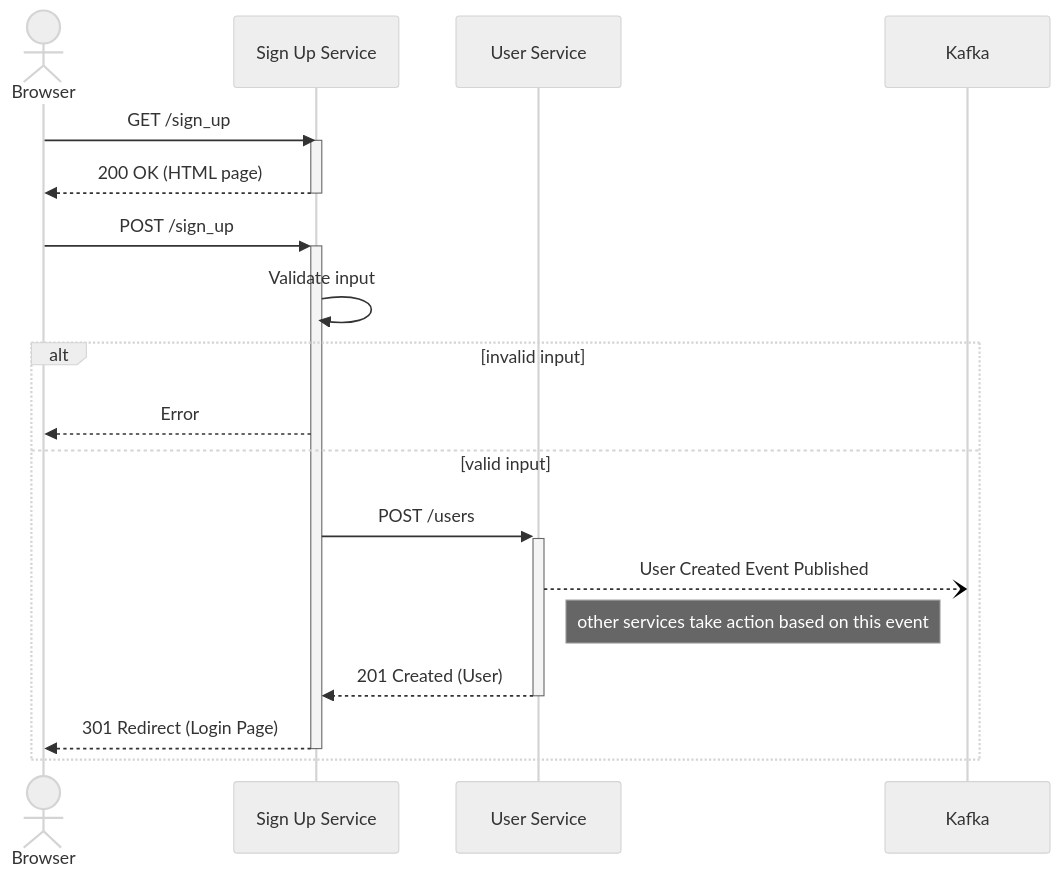
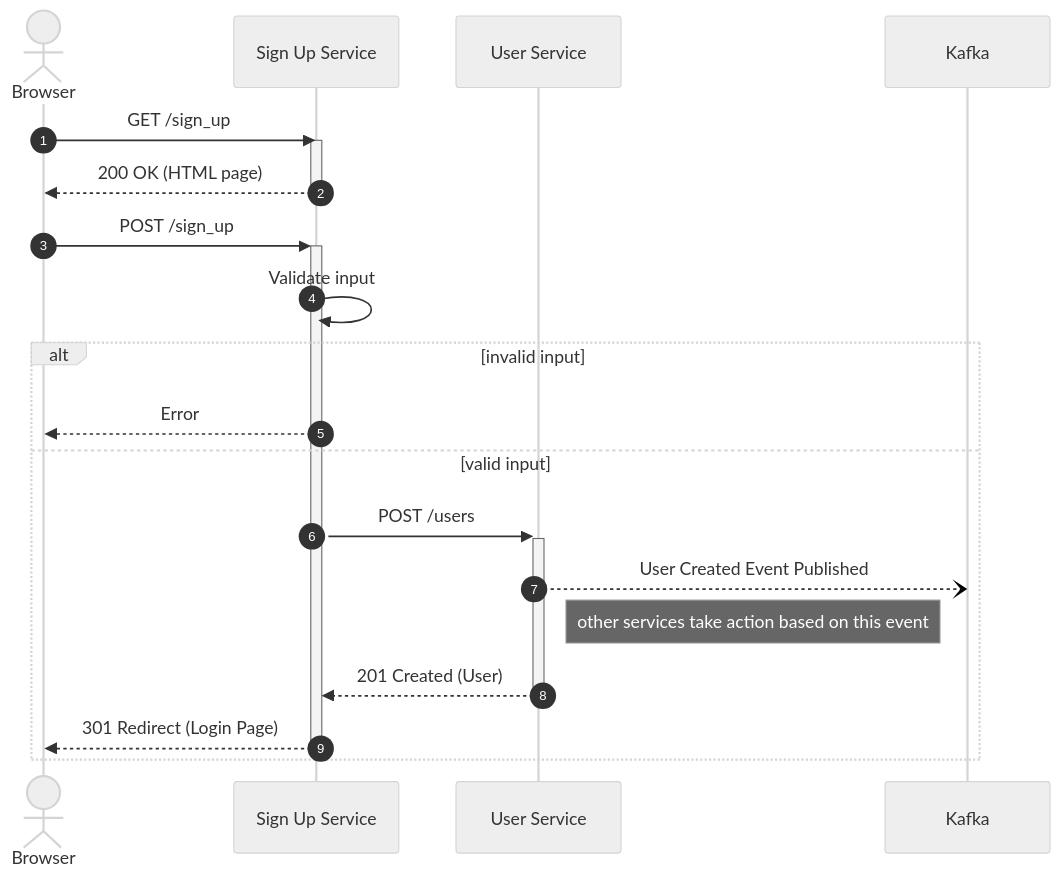
One commit to rawandrew/diagramming changed the fourth of 4 diagrams in mermaid_diagrams.md. Above: the diagram before and after it, drawn with Mermaid (neutral theme).

Commit message:
Add automatic numbering for the actions on the flow.

````diff
--- a/mermaid_diagrams.md
+++ b/mermaid_diagrams.md
@@ -85,25 +85,27 @@
 ```mermaid
 sequenceDiagram
+    autonumber
+    
     actor Browser
     participant Sign Up Service
     participant User Service
     participant Kafka
     
     Browser ->> Sign Up Service: GET /sign_up
     activate Sign Up Service
     Sign Up Service -->> Browser: 200 OK (HTML page)
     deactivate Sign Up Service
     
     Browser ->>+ Sign Up Service: POST /sign_up
     Sign Up Service ->> Sign Up Service: Validate input
     
     alt invalid input
         Sign Up Service -->> Browser: Error
     else valid input
         Sign Up Service ->>+ User Service: POST /users
         User Service --) Kafka: User Created Event Published
         Note left of Kafka: other services take action based on this event
         User Service -->>- Sign Up Service: 201 Created (User)
         Sign Up Service -->>- Browser: 301 Redirect (Login Page)
     end
 ```
````
